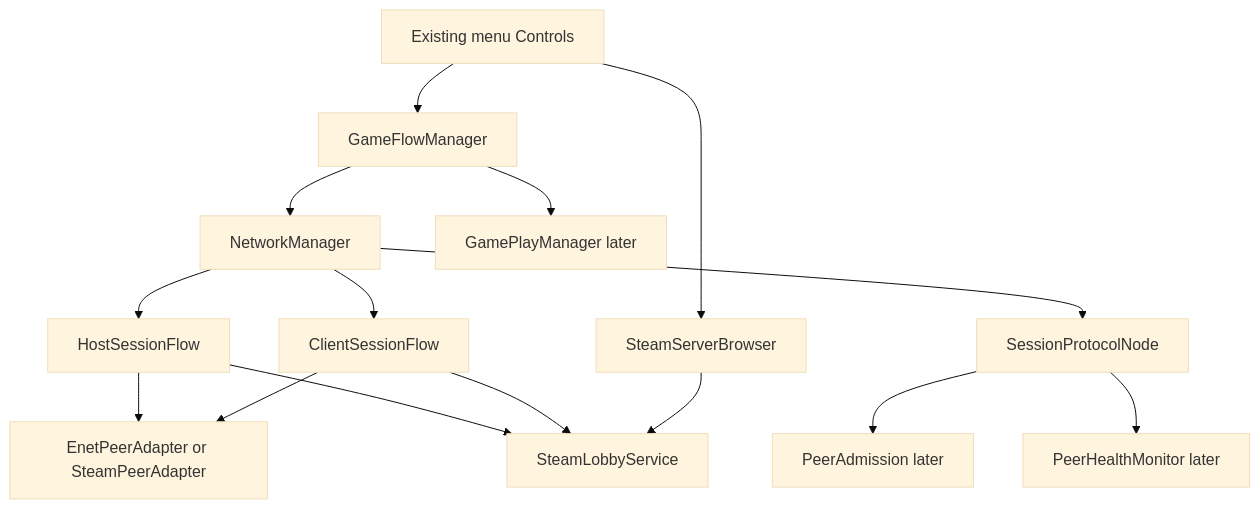
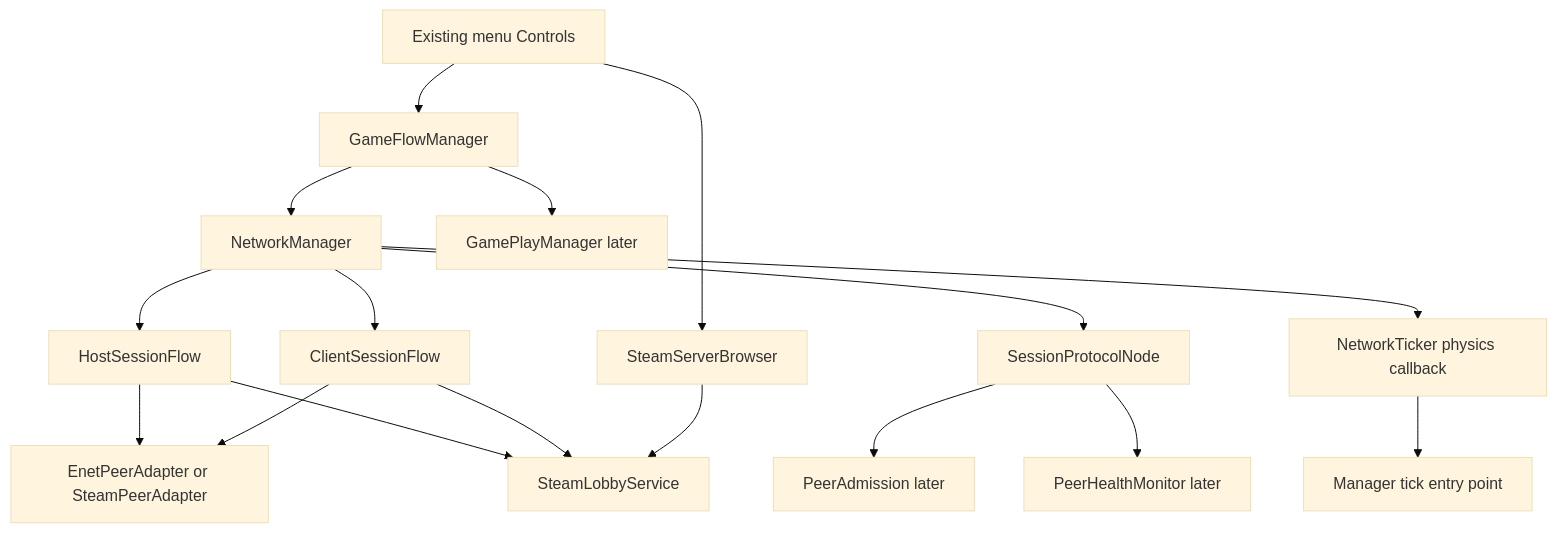
The diagram in docs/plans/network-vertical-slice-refinement-plan.md (lugmaster/sMPGWM), drawn with Mermaid (base theme) before and after one commit. The commit also changed other lines of this file and 7 other files, not shown here.

````diff
--- a/docs/plans/network-vertical-slice-refinement-plan.md
+++ b/docs/plans/network-vertical-slice-refinement-plan.md
@@ -123,17 +156,19 @@
 ```mermaid
 flowchart TD
     Menu[Existing menu Controls] --> Flow[GameFlowManager]
     Flow --> Manager[NetworkManager]
     Manager --> Host[HostSessionFlow]
     Manager --> Client[ClientSessionFlow]
     Manager --> Protocol[SessionProtocolNode]
+    Manager --> Ticker[NetworkTicker physics callback]
+    Ticker --> Tick[Manager tick entry point]
     Host --> Transport[EnetPeerAdapter or SteamPeerAdapter]
     Client --> Transport
     Host --> Lobby[SteamLobbyService]
     Client --> Lobby
     Browser[SteamServerBrowser] --> Lobby
     Menu --> Browser
     Protocol --> Admission[PeerAdmission later]
     Protocol --> Health[PeerHealthMonitor later]
     Flow --> Gameplay[GamePlayManager later]
 ```
````
